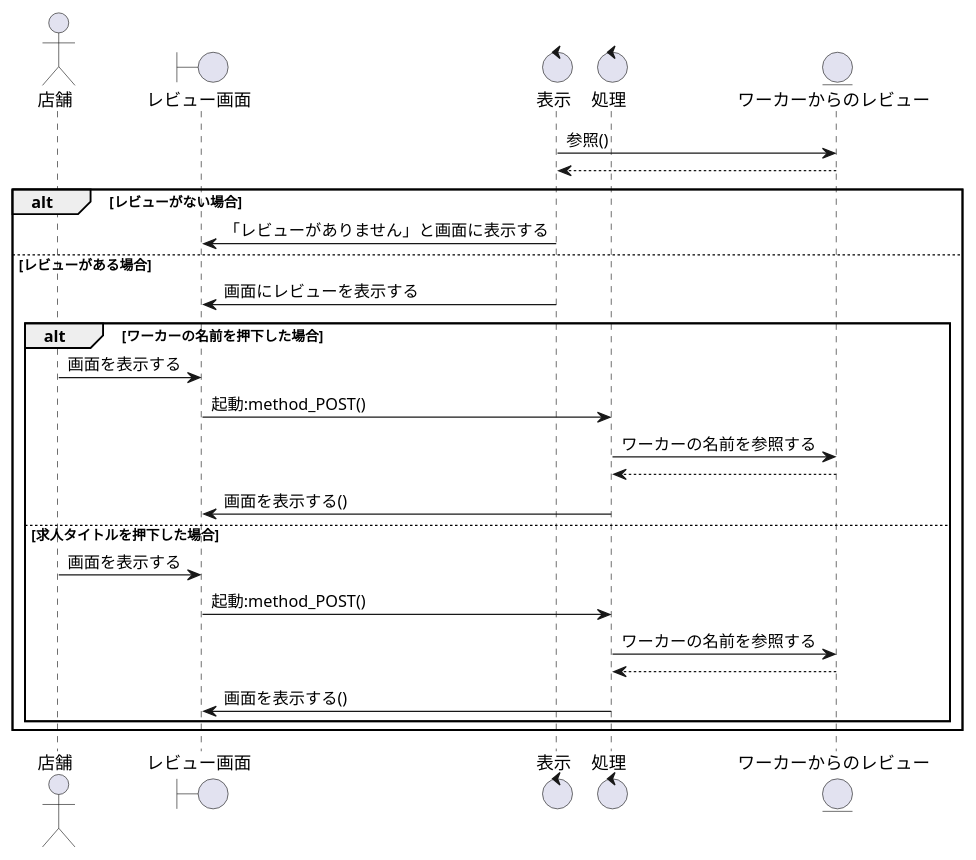
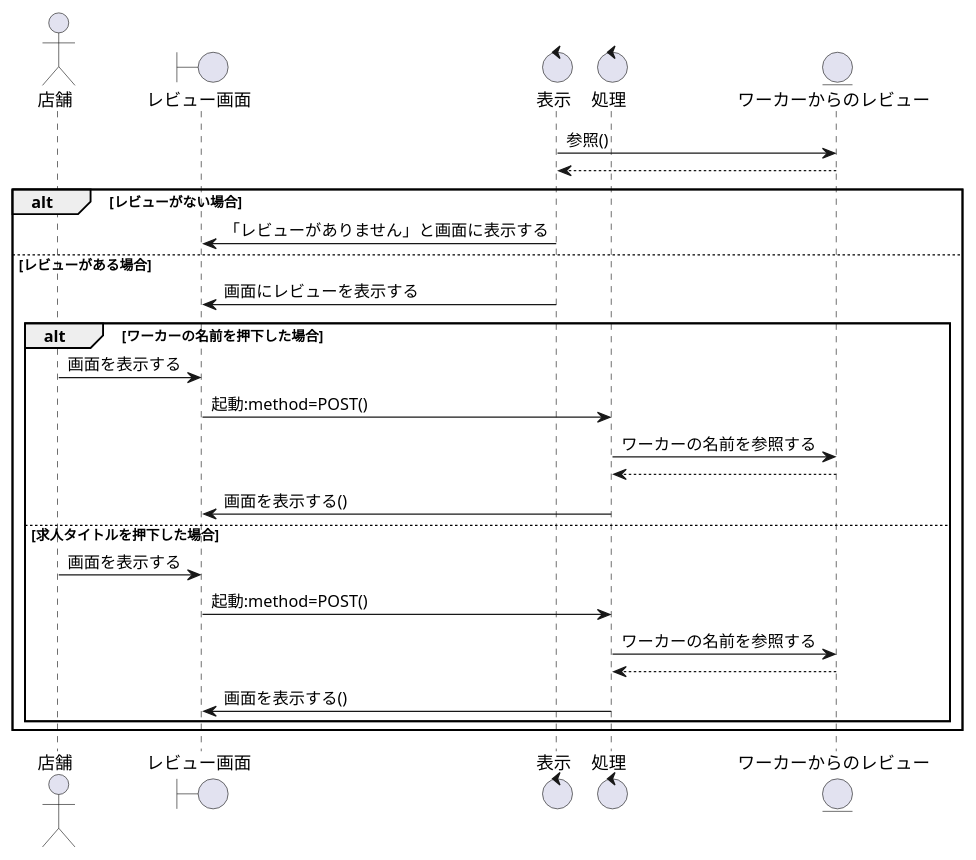
Before and after one commit to irukacb256/high_Me: the diagram in sequence_fig/8_storeside_fn/10_店舗のレビューを閲覧する.pu, drawn with PlantUML. The commit also changed 13 other files, not shown here.

```diff
--- a/sequence_fig/8_storeside_fn/10_店舗のレビューを閲覧する.pu
+++ b/sequence_fig/8_storeside_fn/10_店舗のレビューを閲覧する.pu
@@ -1,36 +1,36 @@
 @startuml 店舗のレビューを閲覧する
 
 actor 店舗 as cp1
 boundary レビュー画面 as b1
 control 表示 as co1
 control 処理 as co2
 
 entity ワーカーからのレビュー as wr1
 
 
 co1 -> wr1 :参照()
 co1 <-- wr1
 
 alt レビューがない場合
 b1 <- co1 : 「レビューがありません」と画面に表示する
 
 else レビューがある場合
 b1 <- co1 :画面にレビューを表示する
 
     alt ワーカーの名前を押下した場合
         cp1 -> b1 :画面を表示する
-        b1 -> co2 : 起動:method_POST()
+        b1 -> co2 : 起動:method=POST()
         co2 -> wr1 : ワーカーの名前を参照する
         co2 <-- wr1
         co2 -> b1 : 画面を表示する()
 
     else 求人タイトルを押下した場合
         cp1 -> b1 :画面を表示する
-        b1 -> co2 : 起動:method_POST()
+        b1 -> co2 : 起動:method=POST()
         co2 -> wr1 : ワーカーの名前を参照する
         co2 <-- wr1
         co2 -> b1 : 画面を表示する()
     end
 end
 
 @enduml
```
